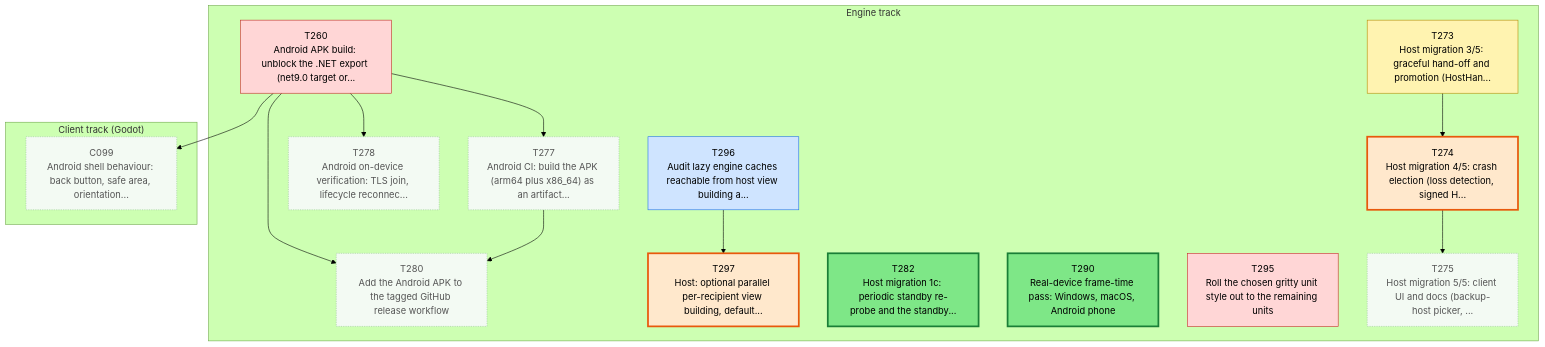
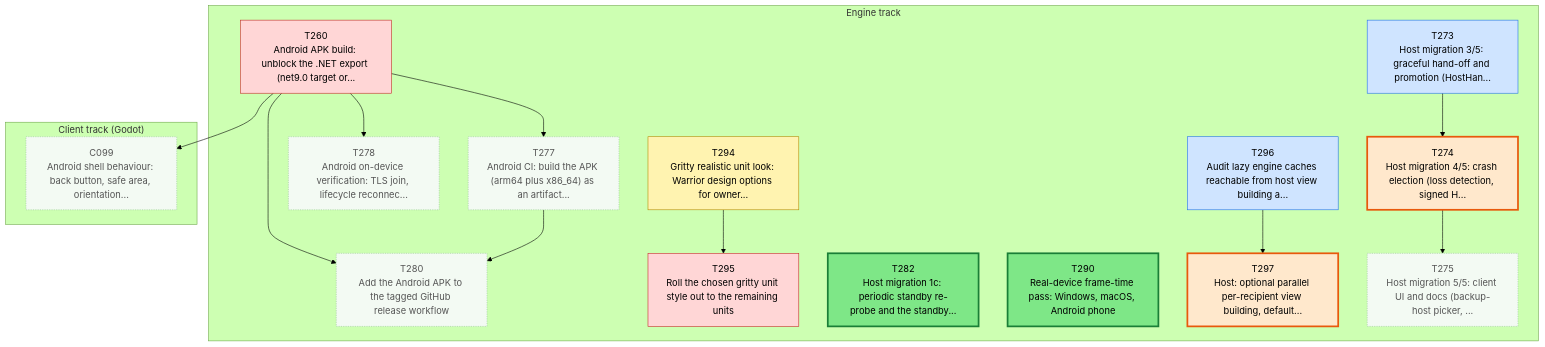
Before and after one commit to Kenmura/Unciv: the first of 3 diagrams in csharp/migration/DEPENDENCY_MAP.md, drawn with Mermaid (forest theme). The commit also changed other lines of this file and 1 other file, not shown here.

````diff
--- a/csharp/migration/DEPENDENCY_MAP.md
+++ b/csharp/migration/DEPENDENCY_MAP.md
@@ -35,48 +35,51 @@
 ```mermaid
 flowchart TD
   subgraph TTRACK["Engine track"]
     T260["T260<br/>Android APK build: unblock the .NET export (net9.0 target or..."]
     T273["T273<br/>Host migration 3/5: graceful hand-off and promotion (HostHan..."]
     T274["T274<br/>Host migration 4/5: crash election (loss detection, signed H..."]
     T275["T275<br/>Host migration 5/5: client UI and docs (backup-host picker, ..."]
     T277["T277<br/>Android CI: build the APK (arm64 plus x86_64) as an artifact..."]
     T278["T278<br/>Android on-device verification: TLS join, lifecycle reconnec..."]
     T280["T280<br/>Add the Android APK to the tagged GitHub release workflow"]
     T282["T282<br/>Host migration 1c: periodic standby re-probe and the standby..."]
     T290["T290<br/>Real-device frame-time pass: Windows, macOS, Android phone"]
+    T294["T294<br/>Gritty realistic unit look: Warrior design options for owner..."]
     T295["T295<br/>Roll the chosen gritty unit style out to the remaining units"]
     T296["T296<br/>Audit lazy engine caches reachable from host view building a..."]
     T297["T297<br/>Host: optional parallel per-recipient view building, default..."]
   end
   subgraph CTRACK["Client track (Godot)"]
     C099["C099<br/>Android shell behaviour: back button, safe area, orientation..."]
   end
   T273 --> T274
   T274 --> T275
   T260 --> T277
   T260 --> T278
   T260 --> T280
   T277 --> T280
+  T294 --> T295
   T296 --> T297
   T260 --> C099
   classDef waiting fill:#f3faf3,stroke:#9bc49b,color:#555,stroke-dasharray:2 2
   classDef ondeck fill:#ffe8cc,stroke:#e8590c,stroke-width:3px,color:#000
   classDef ready fill:#7ee787,stroke:#1a7f37,stroke-width:3px,color:#000
   classDef prog fill:#fff3b0,stroke:#b58900,color:#000
   classDef review fill:#cfe4ff,stroke:#1f6feb,color:#000
   classDef blocked fill:#ffd6d6,stroke:#c62828,color:#000
   classDef done fill:#eeeeee,stroke:#999999,color:#666,stroke-dasharray:4 3
   class C099 waiting
   class T260 blocked
-  class T273 prog
+  class T273 review
   class T274 ondeck
   class T275 waiting
   class T277 waiting
   class T278 waiting
   class T280 waiting
   class T282 ready
   class T290 ready
+  class T294 prog
   class T295 blocked
   class T296 review
   class T297 ondeck
 ```
````
